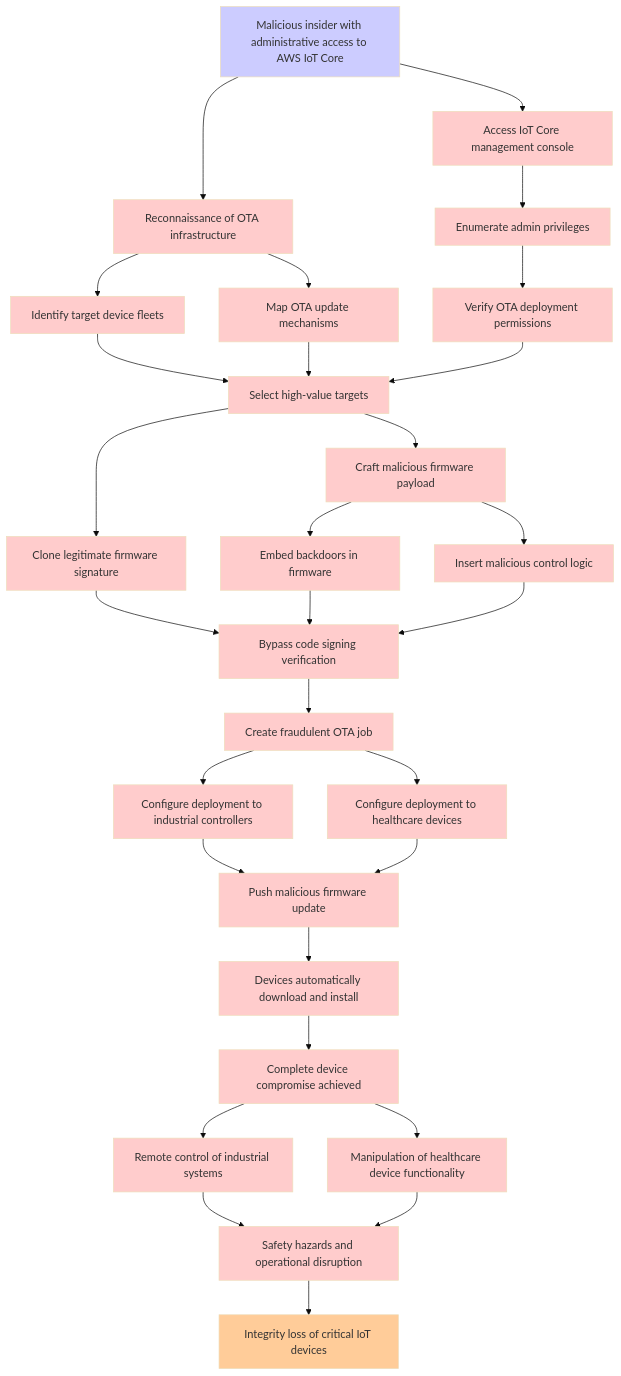
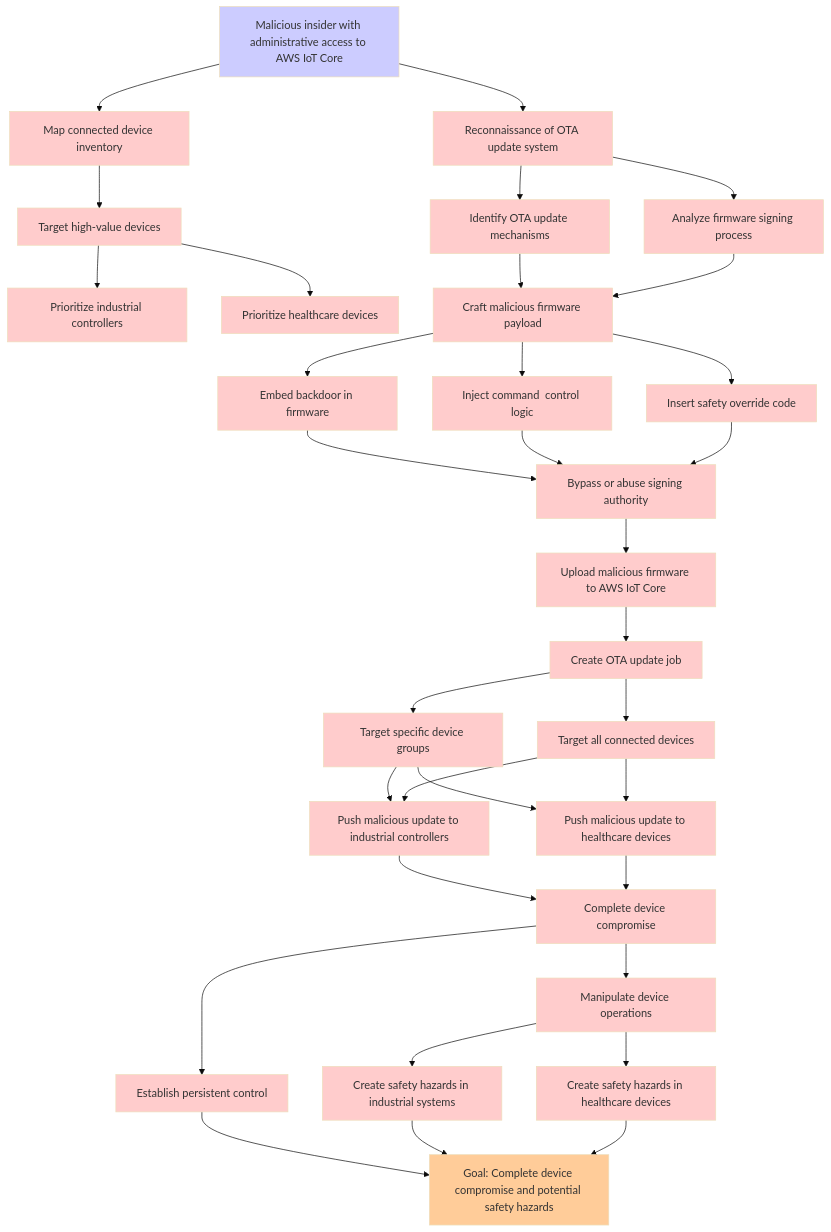
The diagram in threatforest-agentic-application/examples/iot-device-management/threatforest/attack_trees/attack_tree_T003_supply_chain.md (aws-samples/sample-agentic-attack-tree-generator), drawn with Mermaid (base theme) before and after one commit. The commit also changed 44 other files, not shown here.

````diff
--- a/threatforest-agentic-application/examples/iot-device-management/threatforest/attack_trees/attack_tree_T003_supply_chain.md
+++ b/threatforest-agentic-application/examples/iot-device-management/threatforest/attack_trees/attack_tree_T003_supply_chain.md
@@ -19,38 +19,42 @@
 ```mermaid
 graph TD
-    A["Malicious insider with administrative access to AWS IoT Core"] --> B["Reconnaissance of OTA infrastructure"]
-    A --> C["Access IoT Core management console"]
-    B --> D["Identify target device fleets"]
-    B --> E["Map OTA update mechanisms"]
-    C --> F["Enumerate admin privileges"]
-    F --> G["Verify OTA deployment permissions"]
-    D --> H["Select high-value targets"]
-    E --> H
-    G --> H
-    H --> I["Craft malicious firmware payload"]
-    H --> J["Clone legitimate firmware signature"]
-    I --> K["Embed backdoors in firmware"]
-    I --> L["Insert malicious control logic"]
-    J --> M["Bypass code signing verification"]
+    A["Malicious insider with administrative access to AWS IoT Core"] --> B["Reconnaissance of OTA update system"]
+    A --> C["Map connected device inventory"]
+    B --> D["Identify OTA update mechanisms"]
+    B --> E["Analyze firmware signing process"]
+    C --> F["Target high-value devices"]
+    F --> G["Prioritize industrial controllers"]
+    F --> H["Prioritize healthcare devices"]
+    D --> I["Craft malicious firmware payload"]
+    E --> I
+    I --> J["Embed backdoor in firmware"]
+    I --> K["Inject command  control logic"]
+    I --> L["Insert safety override code"]
+    J --> M["Bypass or abuse signing authority"]
     K --> M
     L --> M
-    M --> N["Create fraudulent OTA job"]
-    N --> O["Configure deployment to industrial controllers"]
-    N --> P["Configure deployment to healthcare devices"]
-    O --> Q["Push malicious firmware update"]
-    P --> Q
-    Q --> R["Devices automatically download and install"]
-    R --> S["Complete device compromise achieved"]
-    S --> T["Remote control of industrial systems"]
-    S --> U["Manipulation of healthcare device functionality"]
-    T --> V["Safety hazards and operational disruption"]
-    U --> V
-    V --> W["Integrity loss of critical IoT devices"]
+    M --> N["Upload malicious firmware to AWS IoT Core"]
+    N --> O["Create OTA update job"]
+    O --> P["Target specific device groups"]
+    O --> Q["Target all connected devices"]
+    P --> R["Push malicious update to industrial controllers"]
+    P --> S["Push malicious update to healthcare devices"]
+    Q --> R
+    Q --> S
+    R --> T["Complete device compromise"]
+    S --> T
+    T --> U["Establish persistent control"]
+    T --> V["Manipulate device operations"]
+    V --> W["Create safety hazards in industrial systems"]
+    V --> X["Create safety hazards in healthcare devices"]
+    U --> Y["Goal: Complete device compromise and potential safety hazards"]
+    W --> Y
+    X --> Y
     classDef attack fill:#ffcccc
     classDef goal fill:#ffcc99
     classDef fact fill:#ccccff
-    class B,C,D,E,F,G,H,I,J,K,L,M,N,O,P,Q,R,S,T,U,V attack
-    class W goal
+    class B,C,D,E,F,G,H,I,J,K,L,M,N,O,P,Q,R,S,T,U,V,W,X attack
+    class Y goal
     class A fact
     classDef mitigation fill:#ccffcc
 ```
````
